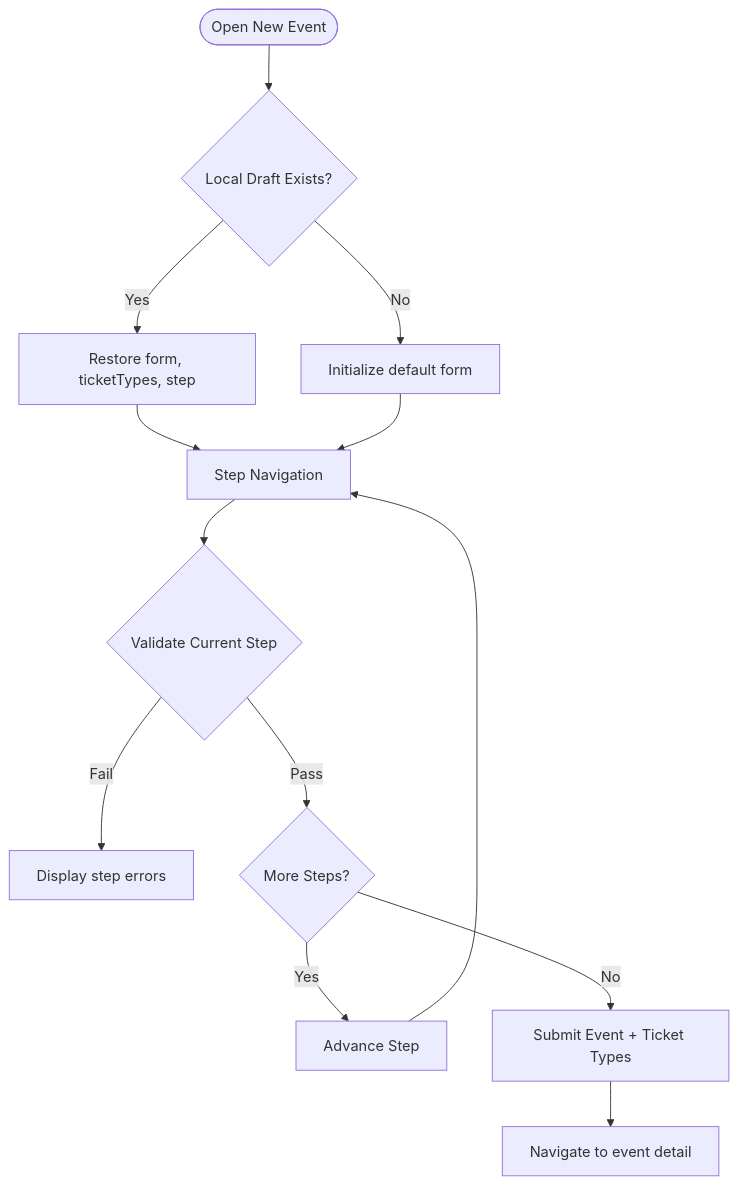
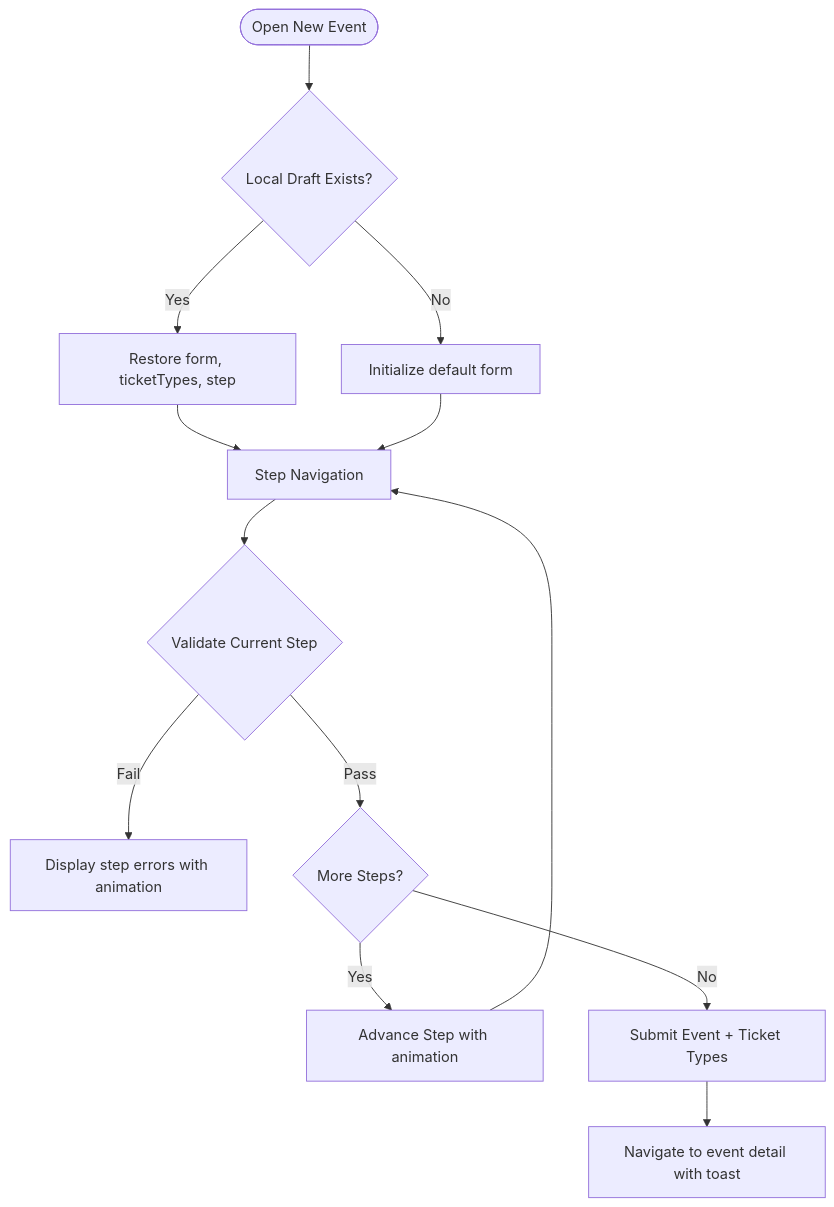
The fifth of 10 diagrams in .qoder/repowiki/en/content/Admin Dashboard/Admin Dashboard.md (ObeyMuchechesi/TicketFlow), drawn with Mermaid before and after one commit. The commit also changed other lines of this file and 12 other files, not shown here.

First line of the commit message:
docs: EcoCash schema columns and project documentation refresh

````diff
--- a/.qoder/repowiki/en/content/Admin Dashboard/Admin Dashboard.md
+++ b/.qoder/repowiki/en/content/Admin Dashboard/Admin Dashboard.md
@@ -215,15 +251,15 @@
 ```mermaid
 flowchart TD
 Start(["Open New Event"]) --> LoadDraft{"Local Draft Exists?"}
 LoadDraft --> |Yes| Restore["Restore form, ticketTypes, step"]
 LoadDraft --> |No| Init["Initialize default form"]
 Restore --> StepNav["Step Navigation"]
 Init --> StepNav
 StepNav --> Validate{"Validate Current Step"}
-Validate --> |Fail| ShowErrors["Display step errors"]
+Validate --> |Fail| ShowErrors["Display step errors with animation"]
 Validate --> |Pass| NextStep{"More Steps?"}
-NextStep --> |Yes| GoNext["Advance Step"]
+NextStep --> |Yes| GoNext["Advance Step with animation"]
 NextStep --> |No| Submit["Submit Event + Ticket Types"]
 GoNext --> StepNav
-Submit --> Success["Navigate to event detail"]
+Submit --> Success["Navigate to event detail with toast"]
 ```
````
